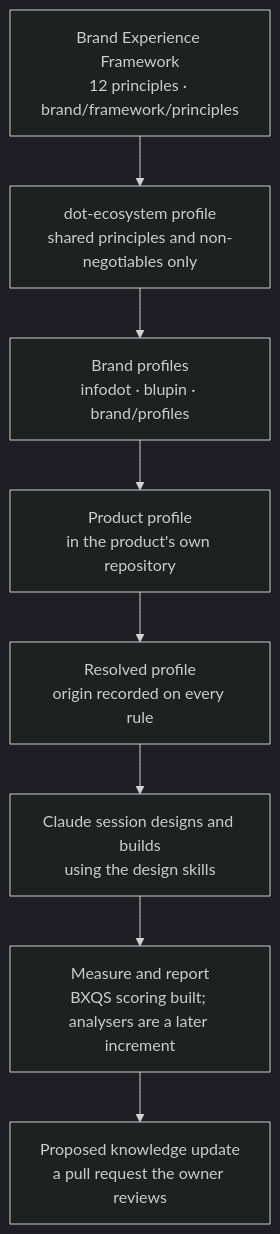
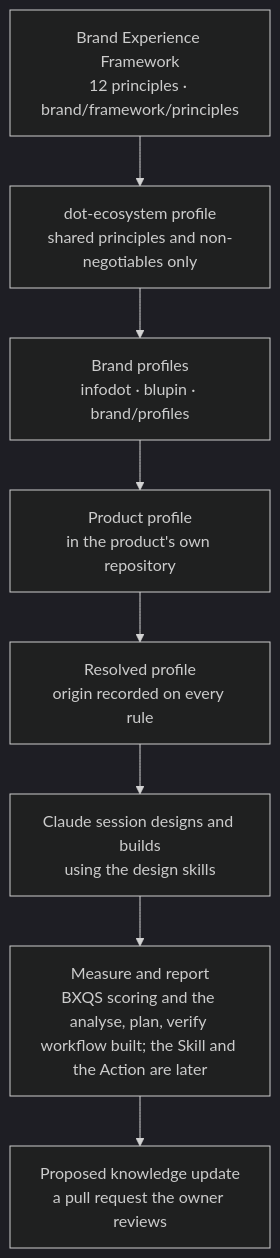
The diagram in brain.brand_experience.md (sakhilebhayi/Dot.Brain), drawn with Mermaid (dark theme) before and after one commit. The commit also changed other lines of this file and 86 other files, not shown here.

````diff
--- a/brain.brand_experience.md
+++ b/brain.brand_experience.md
@@ -28,10 +28,10 @@
 ```mermaid
 flowchart TB
     F[Brand Experience Framework<br/>12 principles · brand/framework/principles] --> E[dot-ecosystem profile<br/>shared principles and non-negotiables only]
     E --> B[Brand profiles<br/>infodot · blupin · brand/profiles]
     B --> P[Product profile<br/>in the product's own repository]
     P --> R[Resolved profile<br/>origin recorded on every rule]
     R --> S[Claude session designs and builds<br/>using the design skills]
-    S --> M[Measure and report<br/>BXQS scoring built; analysers are a later increment]
+    S --> M[Measure and report<br/>BXQS scoring and the analyse, plan, verify workflow built; the Skill and the Action are later]
     M --> PR[Proposed knowledge update<br/>a pull request the owner reviews]
 ```
````
